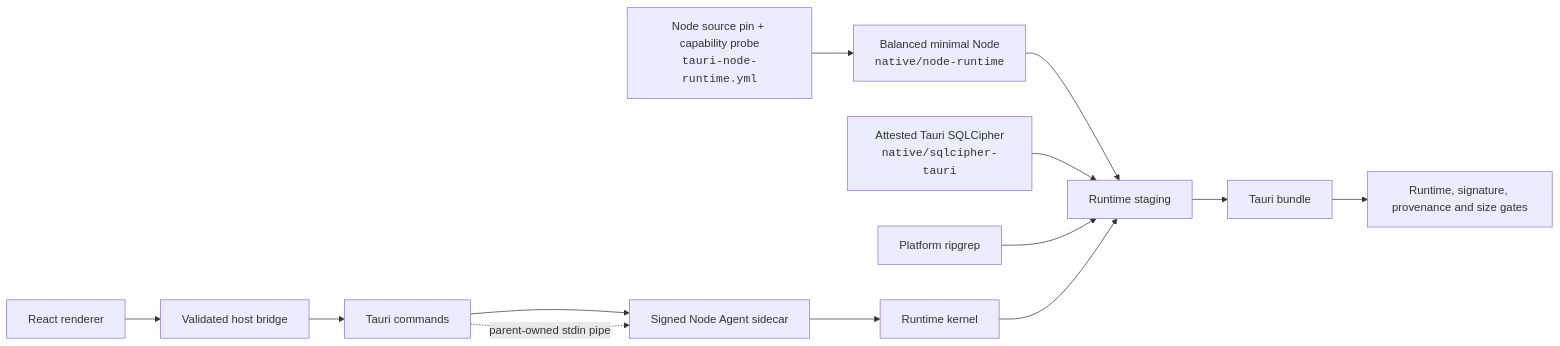
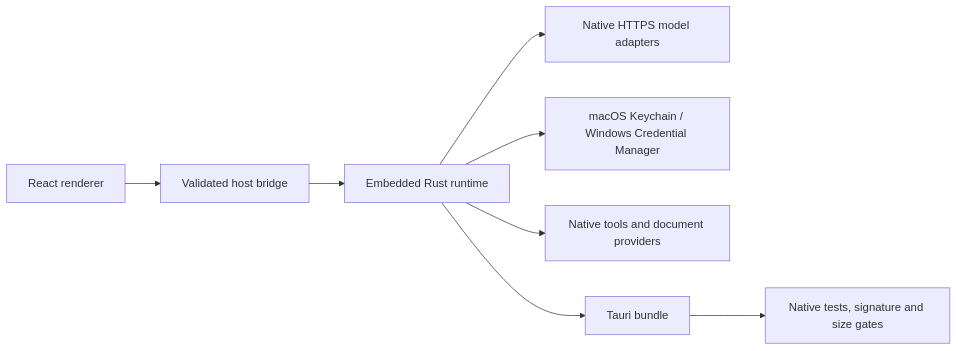
The third of 4 diagrams in docs/code-map.md (NSIETeam/ClawMaster), drawn with Mermaid before and after one commit. The commit also changed other lines of this file and 41 other files, not shown here.

Commit message:
feat(runtime): replace packaged node sidecar with rust

````diff
--- a/docs/code-map.md
+++ b/docs/code-map.md
@@ -49,15 +47,10 @@
 ```mermaid
 flowchart LR
   Renderer[React renderer] --> Bridge[Validated host bridge]
-  Bridge --> Rust[Tauri commands]
-  Rust --> Sidecar[Signed Node Agent sidecar]
-  Rust -. parent-owned stdin pipe .-> Sidecar
-  Sidecar --> Core[Runtime kernel]
-  Node[Balanced minimal Node<br/><code>native/node-runtime</code>] --> Stage[Runtime staging]
-  SQL[Attested Tauri SQLCipher<br/><code>native/sqlcipher-tauri</code>] --> Stage[Runtime staging]
-  RG[Platform ripgrep] --> Stage
-  Core --> Stage
-  Stage --> Bundle[Tauri bundle]
-  NodeCI[Node source pin + capability probe<br/><code>tauri-node-runtime.yml</code>] --> Node
-  Bundle --> Verify[Runtime, signature, provenance and size gates]
+  Bridge --> Rust[Embedded Rust runtime]
+  Rust --> Model[Native HTTPS model adapters]
+  Rust --> Vault[macOS Keychain / Windows Credential Manager]
+  Rust --> Tools[Native tools and document providers]
+  Rust --> Bundle[Tauri bundle]
+  Bundle --> Verify[Native tests, signature and size gates]
 ```
````
